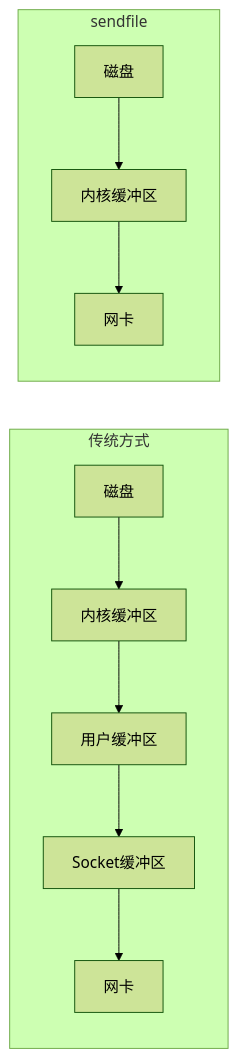
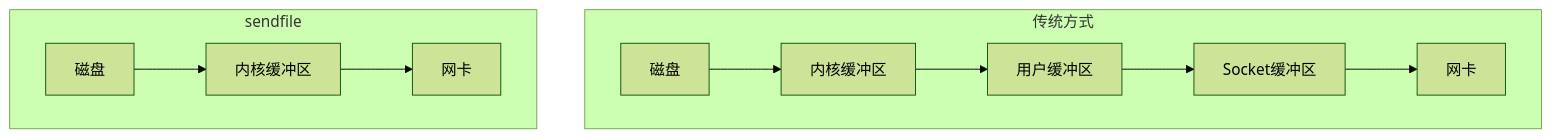
Before and after one commit to jpixy/jpixy.github.io: the first of 5 diagrams in content/articles/hft/hft-35-HFT笔试题-网络编程.md, drawn with Mermaid (forest theme). The commit also changed 51 other files, not shown here.

First line of the commit message:
feat: add 19 Linux tool deep-dive articles and fix Mermaid layouts

````diff
--- a/content/articles/hft/hft-35-HFT笔试题-网络编程.md
+++ b/content/articles/hft/hft-35-HFT笔试题-网络编程.md
@@ -268,9 +268,13 @@
 ```mermaid
-graph LR
+graph TB
     subgraph "传统方式"
-        A1[磁盘] --> B1[内核缓冲区] --> C1[用户缓冲区] --> D1[Socket缓冲区] --> E1[网卡]
+        A1[磁盘] --> B1[内核缓冲区]
+        B1 --> C1[用户缓冲区]
+        C1 --> D1[Socket缓冲区]
+        D1 --> E1[网卡]
     end
     subgraph "sendfile"
-        A2[磁盘] --> B2[内核缓冲区] --> E2[网卡]
+        A2[磁盘] --> B2[内核缓冲区]
+        B2 --> E2[网卡]
     end
 ```
````
